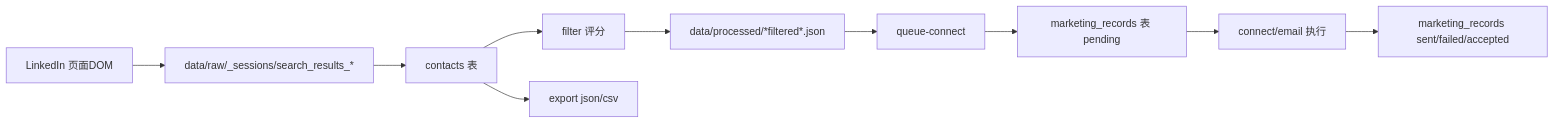
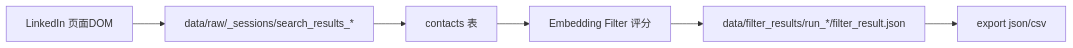
The third of 4 diagrams in 项目架构与数据流图.md (Geighlord007/ConNectar-Linkedin-Marketing), drawn with Mermaid before and after one commit. The commit also changed other lines of this file and 15 other files, not shown here.

````diff
--- a/项目架构与数据流图.md
+++ b/项目架构与数据流图.md
@@ -90,12 +85,8 @@
 ```mermaid
 flowchart LR
     A[LinkedIn 页面DOM] --> B[data/raw/_sessions/search_results_*]
     B --> C[contacts 表]
-    C --> D[filter 评分]
-    D --> E[data/processed/*filtered*.json]
-    E --> F[queue-connect]
-    F --> G[marketing_records 表 pending]
-    G --> H[connect/email 执行]
-    H --> I[marketing_records sent/failed/accepted]
-    C --> J[export json/csv]
+    C --> D[Embedding Filter 评分]
+    D --> E[data/filter_results/run_*/filter_result.json]
+    E --> F[export json/csv]
 ```
````
